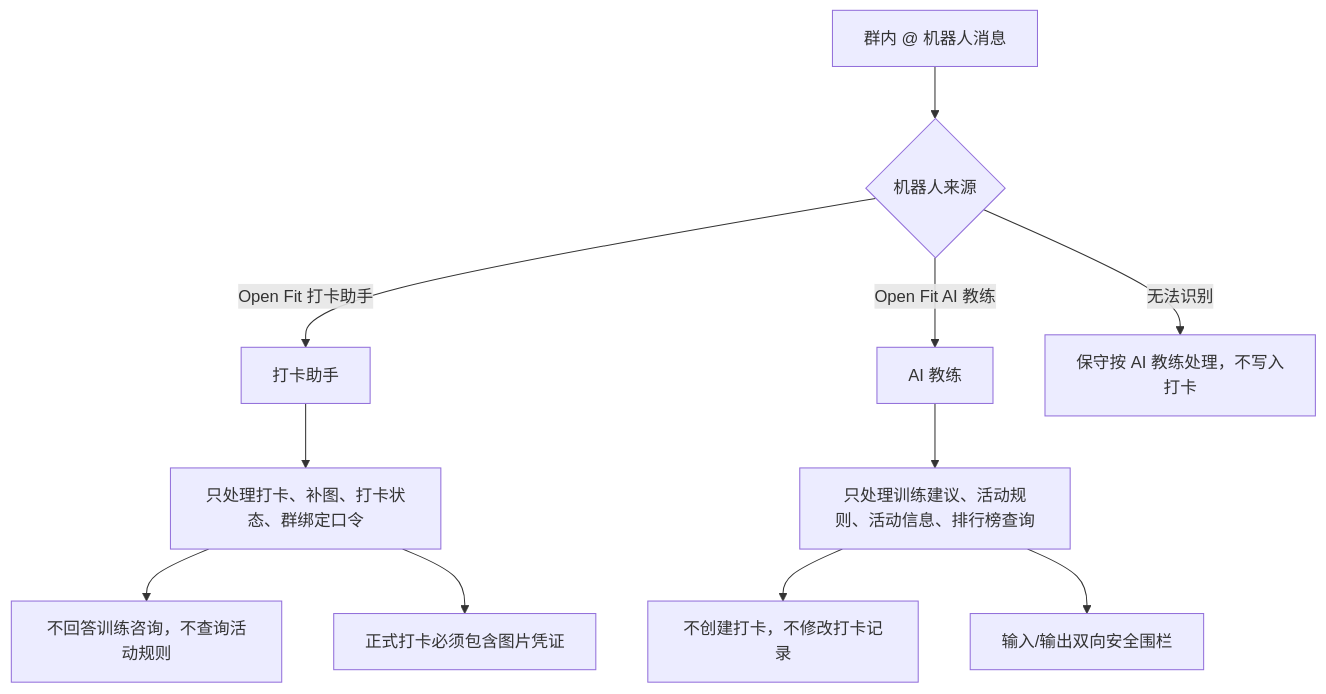
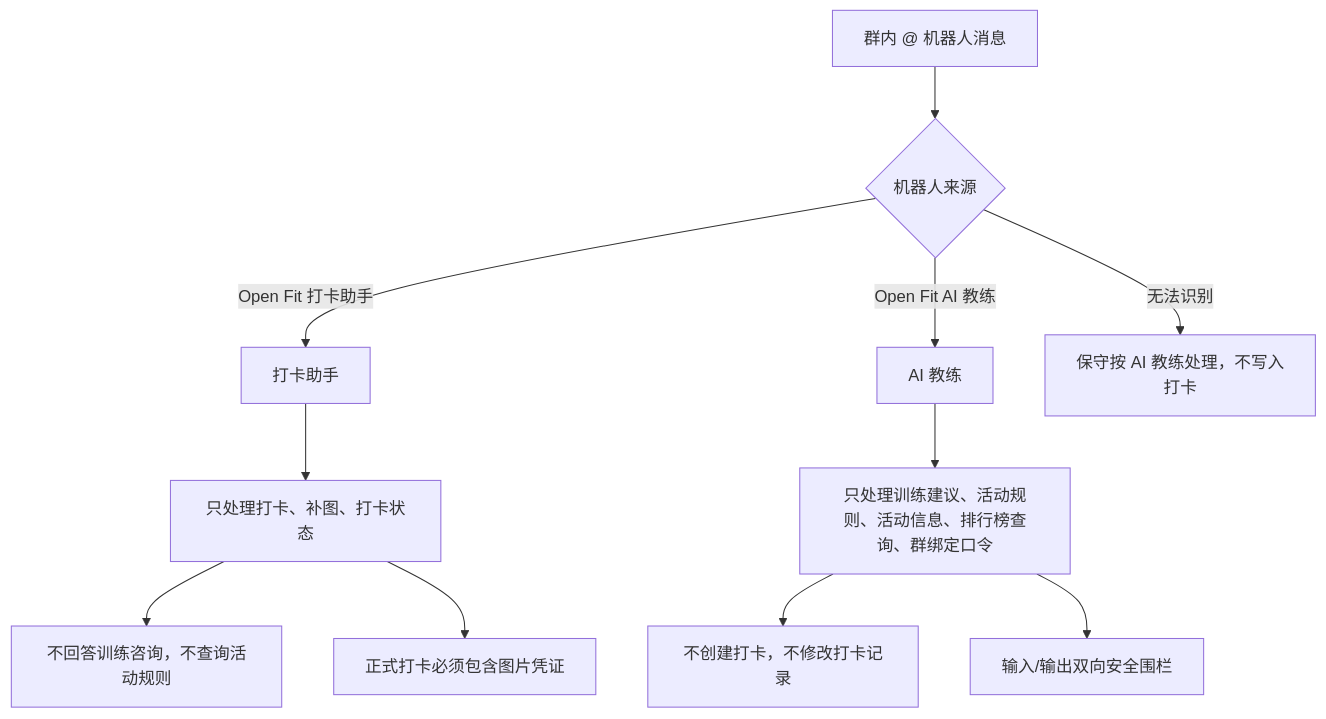
Before and after one commit to RossiLc/Project-AI-Fitness-Coach: the second of 7 diagrams in docs/知识库/机器人架构与流程图.md, drawn with Mermaid. The commit also changed other lines of this file and 51 other files, not shown here.

````diff
--- a/docs/知识库/机器人架构与流程图.md
+++ b/docs/知识库/机器人架构与流程图.md
@@ -36,16 +36,16 @@
 ```mermaid
 flowchart TB
   UserMsg["群内 @ 机器人消息"] --> Role{"机器人来源"}
 
   Role -->|"Open Fit 打卡助手"| CheckinBot["打卡助手"]
   Role -->|"Open Fit AI 教练"| CoachBot["AI 教练"]
   Role -->|"无法识别"| SafeDefault["保守按 AI 教练处理，不写入打卡"]
 
-  CheckinBot --> CheckinOnly["只处理打卡、补图、打卡状态、群绑定口令"]
+  CheckinBot --> CheckinOnly["只处理打卡、补图、打卡状态"]
   CheckinOnly --> NoAdvice["不回答训练咨询，不查询活动规则"]
   CheckinOnly --> MustImage["正式打卡必须包含图片凭证"]
 
-  CoachBot --> AdviceOnly["只处理训练建议、活动规则、活动信息、排行榜查询"]
+  CoachBot --> AdviceOnly["只处理训练建议、活动规则、活动信息、排行榜查询、群绑定口令"]
   AdviceOnly --> NoCheckin["不创建打卡，不修改打卡记录"]
   AdviceOnly --> Safety["输入/输出双向安全围栏"]
 ```
````
